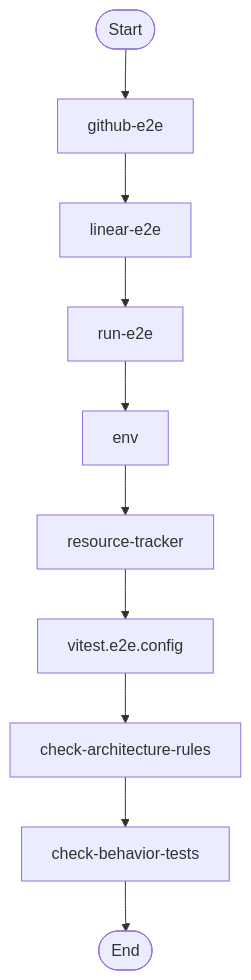
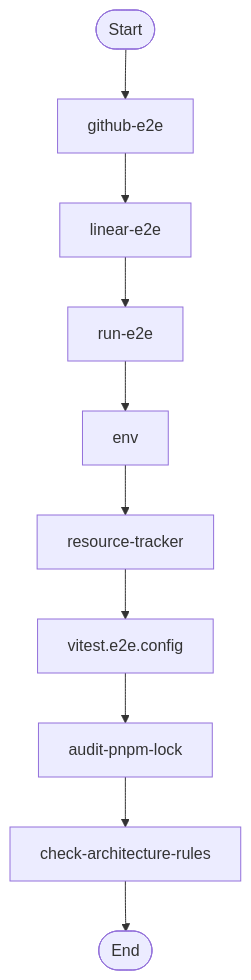
Before and after one commit to jscraik/coding-harness: the tenth of 14 diagrams in AI/context/diagram-context.md, drawn with Mermaid. The commit also changed other lines of this file and 70 other files, not shown here.

First line of the commit message:
Harden pnpm bulk advisory audit (#479)

````diff
--- a/AI/context/diagram-context.md
+++ b/AI/context/diagram-context.md
@@ -1918,23 +1866,23 @@
 ```mermaid
 flowchart TD
   Start(["Start"])
   github_e2e_2891a341["github-e2e"]
   Start --> github_e2e_2891a341
   linear_e2e_decf3708["linear-e2e"]
   github_e2e_2891a341 --> linear_e2e_decf3708
   run_e2e_39efe696["run-e2e"]
   linear_e2e_decf3708 --> run_e2e_39efe696
   env_b77349bf["env"]
   run_e2e_39efe696 --> env_b77349bf
   resource_tracker_d95b6649["resource-tracker"]
   env_b77349bf --> resource_tracker_d95b6649
   vitest_e2e_config_4e2a61bc["vitest.e2e.config"]
   resource_tracker_d95b6649 --> vitest_e2e_config_4e2a61bc
+  audit_pnpm_lock_3bdddae2["audit-pnpm-lock"]
+  vitest_e2e_config_4e2a61bc --> audit_pnpm_lock_3bdddae2
   check_architecture_rules_6b7347fd["check-architecture-rules"]
-  vitest_e2e_config_4e2a61bc --> check_architecture_rules_6b7347fd
-  check_behavior_tests_2577f6be["check-behavior-tests"]
-  check_architecture_rules_6b7347fd --> check_behavior_tests_2577f6be
+  audit_pnpm_lock_3bdddae2 --> check_architecture_rules_6b7347fd
   End(["End"])
-  check_behavior_tests_2577f6be --> End
+  check_architecture_rules_6b7347fd --> End
 
 ```
````
